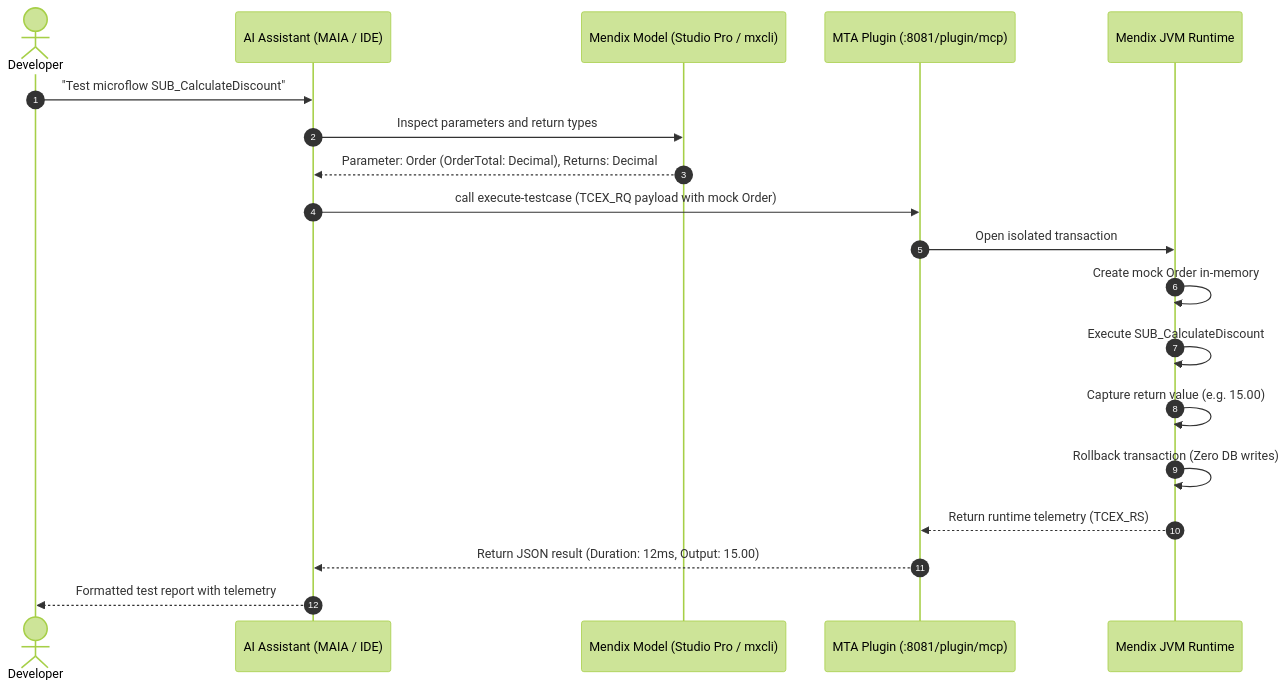
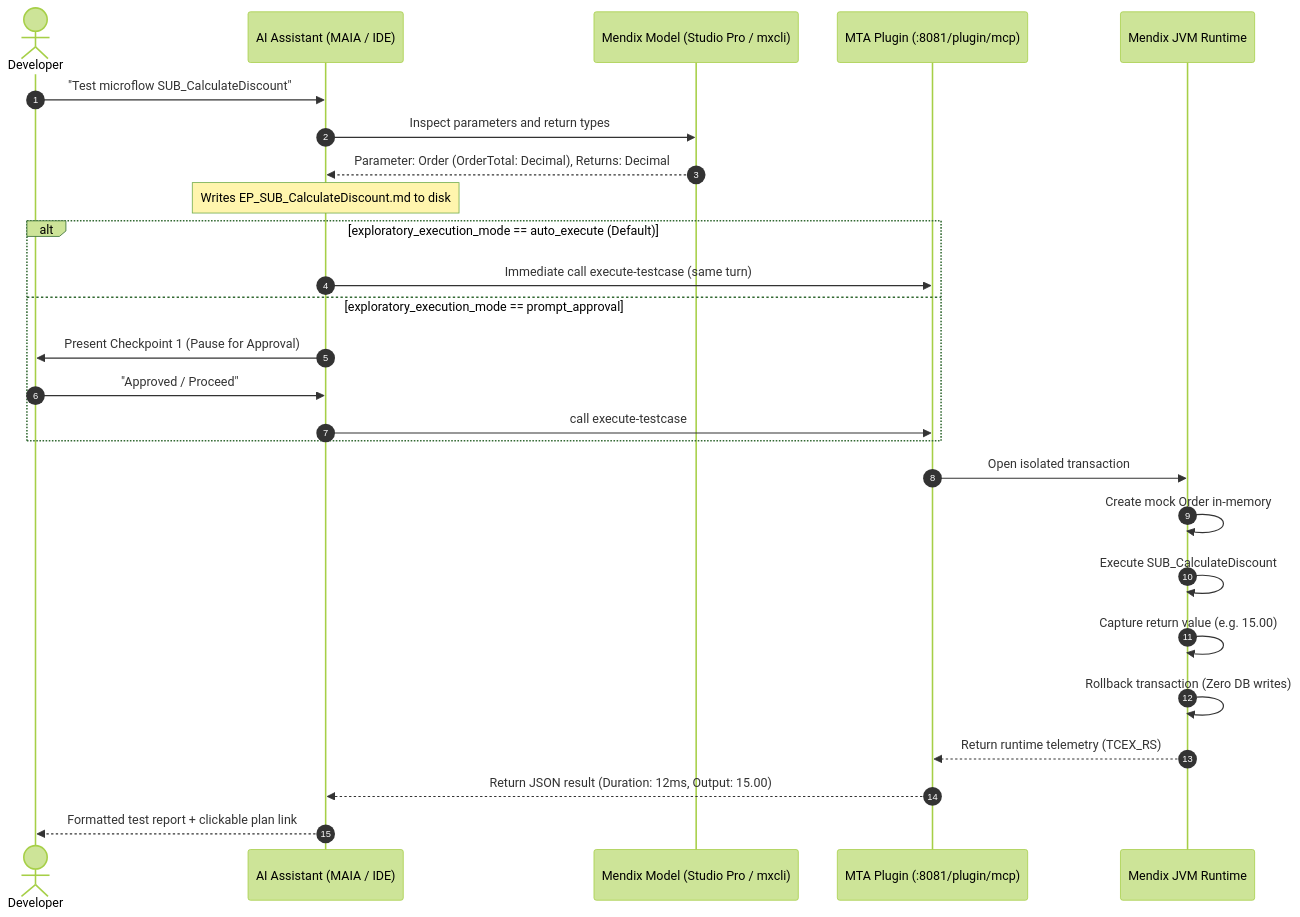
The diagram in additional/00-installation/exploratory-testing-setup.md (Menditect/documentation), drawn with Mermaid (forest theme) before and after one commit. The commit also changed other lines of this file, not shown here.

````diff
--- a/additional/00-installation/exploratory-testing-setup.md
+++ b/additional/00-installation/exploratory-testing-setup.md
@@ -241,22 +267,29 @@
 ```mermaid
 sequenceDiagram
     autonumber
     actor User as Developer
     participant AI as AI Assistant (MAIA / IDE)
     participant Model as Mendix Model (Studio Pro / mxcli)
     participant Plugin as MTA Plugin (:8081/plugin/mcp)
     participant JVM as Mendix JVM Runtime
 
     User->>AI: "Test microflow SUB_CalculateDiscount"
     AI->>Model: Inspect parameters and return types
     Model-->>AI: Parameter: Order (OrderTotal: Decimal), Returns: Decimal
-    AI->>Plugin: call execute-testcase (TCEX_RQ payload with mock Order)
+    Note over AI: Writes EP_SUB_CalculateDiscount.md to disk
+    alt exploratory_execution_mode == auto_execute (Default)
+        AI->>Plugin: Immediate call execute-testcase (same turn)
+    else exploratory_execution_mode == prompt_approval
+        AI->>User: Present Checkpoint 1 (Pause for Approval)
+        User->>AI: "Approved / Proceed"
+        AI->>Plugin: call execute-testcase
+    end
     Plugin->>JVM: Open isolated transaction
     JVM->>JVM: Create mock Order in-memory
     JVM->>JVM: Execute SUB_CalculateDiscount
     JVM->>JVM: Capture return value (e.g. 15.00)
     JVM->>JVM: Rollback transaction (Zero DB writes)
     JVM-->>Plugin: Return runtime telemetry (TCEX_RS)
     Plugin-->>AI: Return JSON result (Duration: 12ms, Output: 15.00)
-    AI-->>User: Formatted test report with telemetry
+    AI-->>User: Formatted test report + clickable plan link
 ```
````
